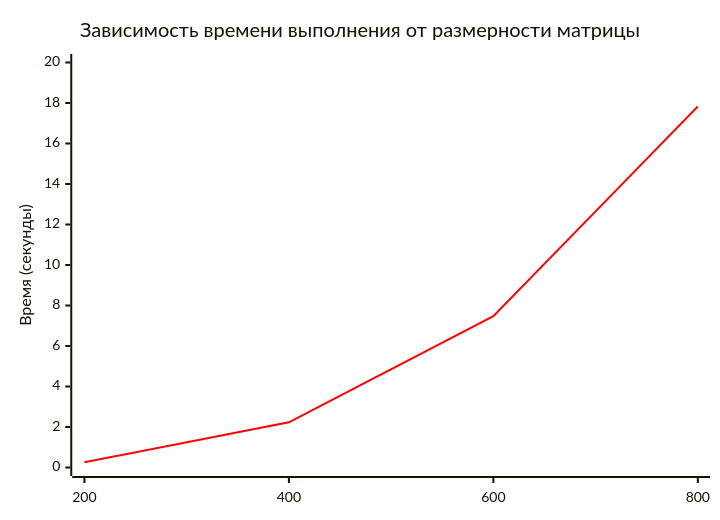
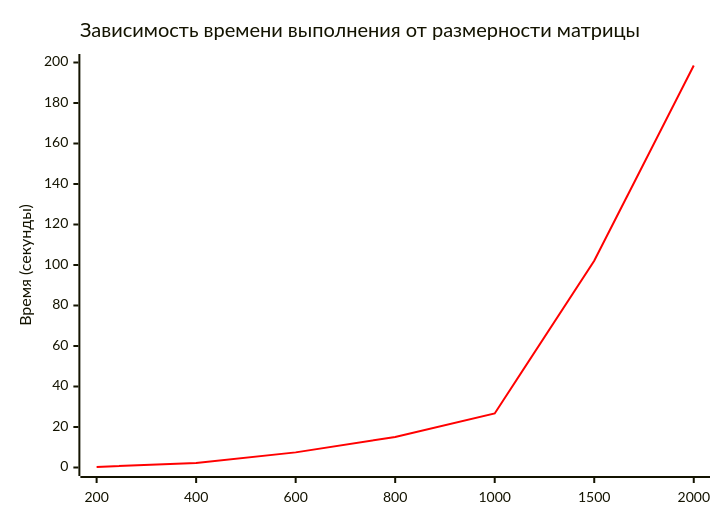
The diagram in README.md (rappeutunutenkeli/MatrixMultiplication), drawn with Mermaid before and after one commit.

````diff
--- a/README.md
+++ b/README.md
@@ -18,14 +18,14 @@
 ```mermaid
 ---
 title: "График производительности"
 config:
   themeVariables:
     xyChart:
       plotColorPalette: "#FF0000"
 ---
 xychart-beta
     title "Зависимость времени выполнения от размерности матрицы"
-    x-axis ["200", "400", "600", "800"]
-    y-axis "Время (секунды)" 0 --> 20
-    line [0.26, 2.23, 7.47, 17.83]
+    x-axis ["200", "400", "600", "800", "1000", "1500", "2000"]
+    y-axis "Время (секунды)" 0 --> 200
+    line [0.26, 2.23, 7.47, 15.1, 26.7, 102.1, 198.5]
 ```
````
